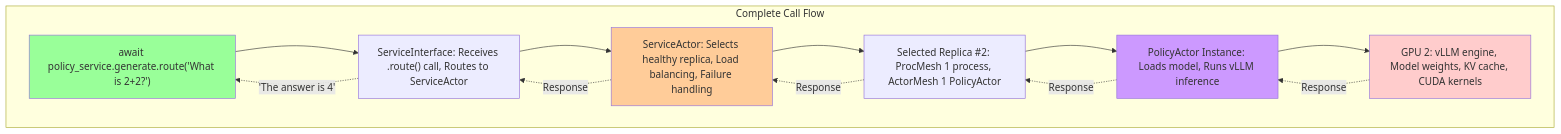
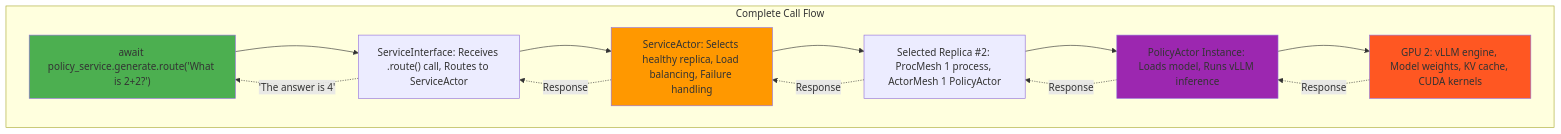
One commit to meta-pytorch/torchforge changed the seventh of 8 diagrams in docs/Tutorials/3_Monarch_101.MD. Above: the diagram before and after it, drawn with Mermaid. The commit also changed other lines of this file and 2 other files, not shown here.

````diff
--- a/docs/Tutorials/3_Monarch_101.MD
+++ b/docs/Tutorials/3_Monarch_101.MD
@@ -323,33 +323,33 @@
 ```mermaid
 graph TD
     subgraph CallFlow["Complete Call Flow"]
         UserCall["await policy_service.generate.route('What is 2+2?')"]
 
         ServiceInterface["ServiceInterface: Receives .route() call, Routes to ServiceActor"]
 
         ServiceActor["ServiceActor: Selects healthy replica, Load balancing, Failure handling"]
 
         SelectedReplica["Selected Replica #2: ProcMesh 1 process, ActorMesh 1 PolicyActor"]
 
         PolicyActor["PolicyActor Instance: Loads model, Runs vLLM inference"]
 
         GPU["GPU 2: vLLM engine, Model weights, KV cache, CUDA kernels"]
 
         UserCall --> ServiceInterface
         ServiceInterface --> ServiceActor
         ServiceActor --> SelectedReplica
         SelectedReplica --> PolicyActor
         PolicyActor --> GPU
 
         GPU -.->|"Response"| PolicyActor
         PolicyActor -.->|"Response"| SelectedReplica
         SelectedReplica -.->|"Response"| ServiceActor
         ServiceActor -.->|"Response"| ServiceInterface
         ServiceInterface -.->|"'The answer is 4'"| UserCall
     end
 
-    style UserCall fill:#99ff99
-    style ServiceActor fill:#ffcc99
-    style PolicyActor fill:#cc99ff
-    style GPU fill:#ffcccc
+    style UserCall fill:#4CAF50
+    style ServiceActor fill:#FF9800
+    style PolicyActor fill:#9C27B0
+    style GPU fill:#FF5722
 ```
````
